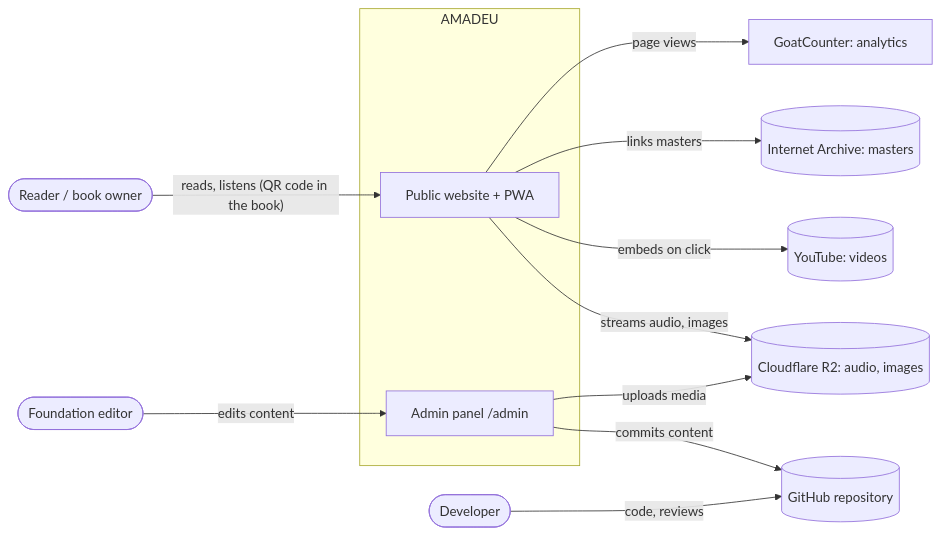
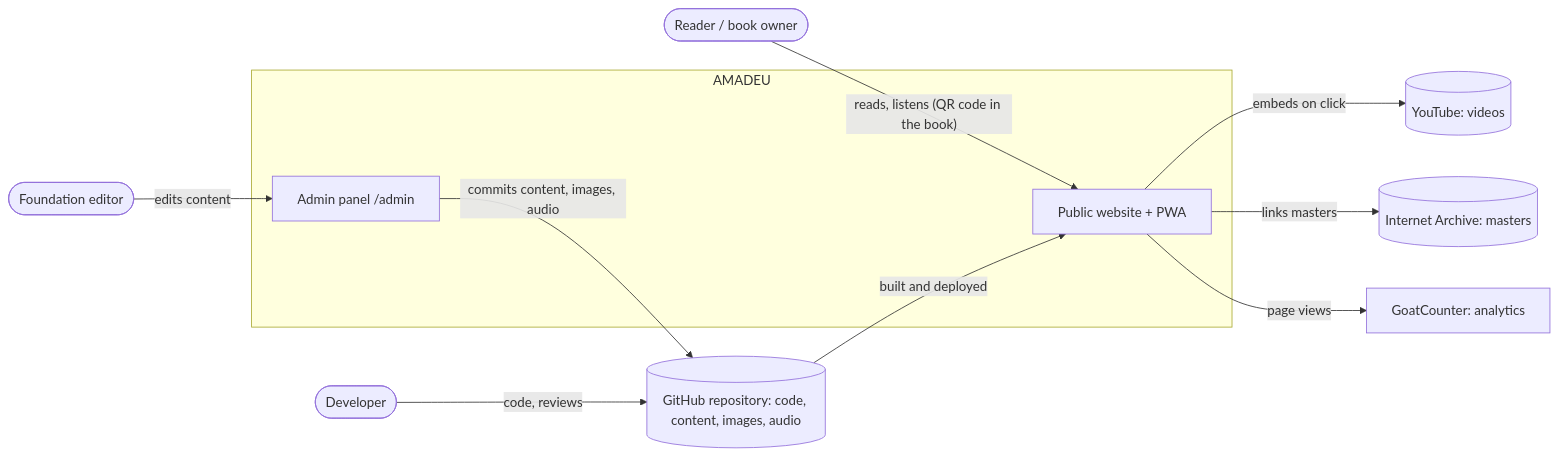
The first of 5 diagrams in docs/architecture.md (jordanmontt/AMADEU), drawn with Mermaid before and after one commit. The commit also changed other lines of this file and 18 other files, not shown here.

First line of the commit message:
docs: keep images and audio in the repository, no payment card

````diff
--- a/docs/architecture.md
+++ b/docs/architecture.md
@@ -21,25 +21,23 @@
 ```mermaid
 flowchart LR
   reader([Reader / book owner])
   editor([Foundation editor])
   dev([Developer])
   subgraph amadeu[AMADEU]
     site[Public website + PWA]
     admin[Admin panel /admin]
   end
-  gh[(GitHub repository)]
-  r2[(Cloudflare R2: audio, images)]
+  gh[(GitHub repository: code, content, images, audio)]
   yt[(YouTube: videos)]
   ia[(Internet Archive: masters)]
   gc[GoatCounter: analytics]
 
   reader -- "reads, listens (QR code in the book)" --> site
   editor -- "edits content" --> admin
   dev -- "code, reviews" --> gh
-  admin -- "commits content" --> gh
-  admin -- "uploads media" --> r2
-  site -- "streams audio, images" --> r2
+  admin -- "commits content, images, audio" --> gh
+  gh -- "built and deployed" --> site
   site -- "embeds on click" --> yt
   site -- "links masters" --> ia
   site -- "page views" --> gc
 ```
````
